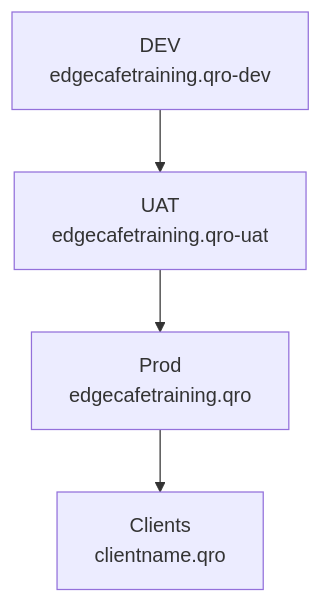
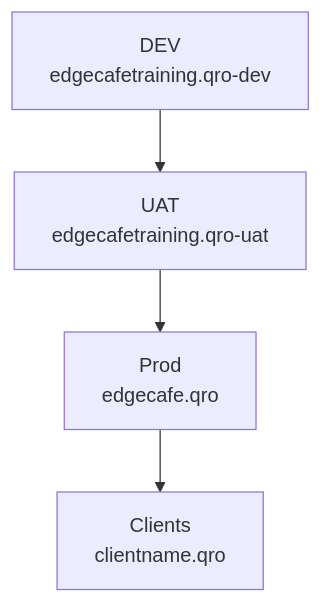
One commit to deddyprianto/qr-ordering changed the second of 6 diagrams in infra/README.md. Above: the diagram before and after it, drawn with Mermaid. The commit also changed other lines of this file, not shown here.

````diff
--- a/infra/README.md
+++ b/infra/README.md
@@ -25,11 +25,11 @@
 ```mermaid
 graph TB
  DEV["`DEV
  edgecafetraining.qro-dev`"] --> UAT
  UAT["`UAT
  edgecafetraining.qro-uat`"] --> Prod
  Prod["`Prod
- edgecafetraining.qro`"] --> Clients
+ edgecafe.qro`"] --> Clients
  Clients["`Clients
  clientname.qro`"]
 ```
````
